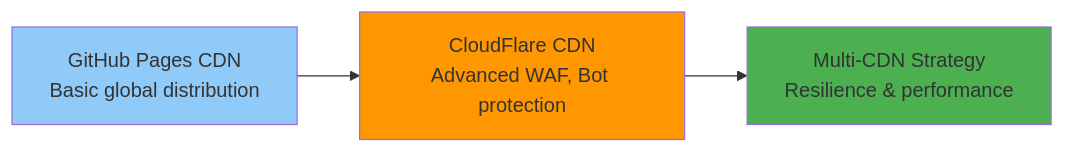
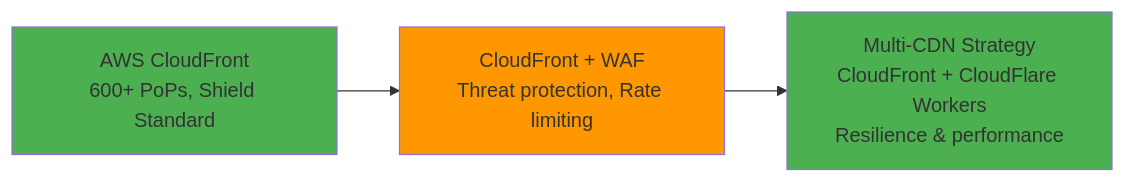
Before and after one commit to Hack23/riksdagsmonitor: the seventh of 9 diagrams in FUTURE_SECURITY_ARCHITECTURE.md, drawn with Mermaid. The commit also changed other lines of this file, not shown here.

Commit message:
Update FUTURE_SECURITY_ARCHITECTURE.md to align with AWS infrastructure

````diff
--- a/FUTURE_SECURITY_ARCHITECTURE.md
+++ b/FUTURE_SECURITY_ARCHITECTURE.md
@@ -456,9 +473,9 @@
 ```mermaid
 graph LR
-    Current[GitHub Pages CDN<br/>Basic global distribution] --> Enhanced[CloudFlare CDN<br/>Advanced WAF, Bot protection]
-    Enhanced --> Premium[Multi-CDN Strategy<br/>Resilience & performance]
+    Current[AWS CloudFront<br/>600+ PoPs, Shield Standard] --> Enhanced[CloudFront + WAF<br/>Threat protection, Rate limiting]
+    Enhanced --> Premium[Multi-CDN Strategy<br/>CloudFront + CloudFlare Workers<br/>Resilience & performance]
     
-    style Current fill:#90caf9
+    style Current fill:#4caf50
     style Enhanced fill:#ff9800
     style Premium fill:#4caf50
 ```
````
